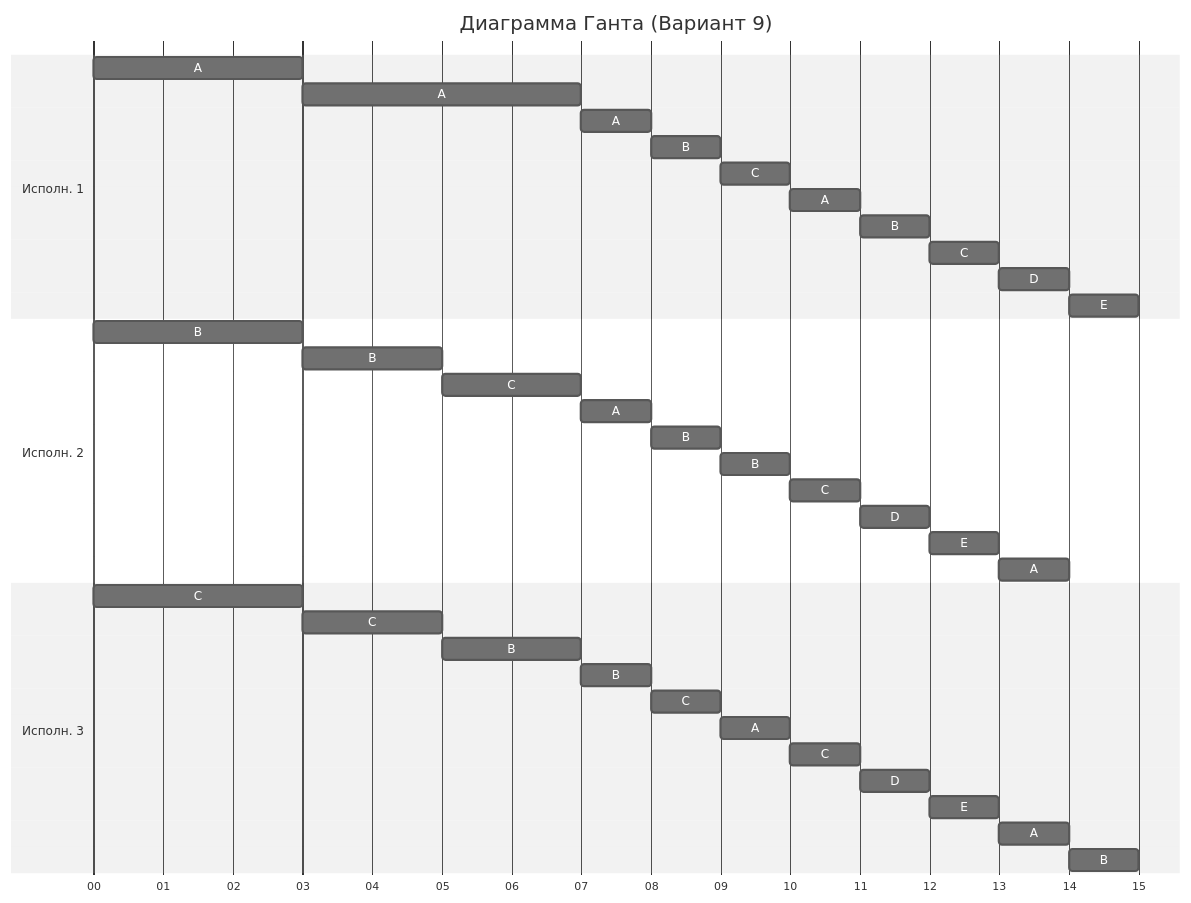
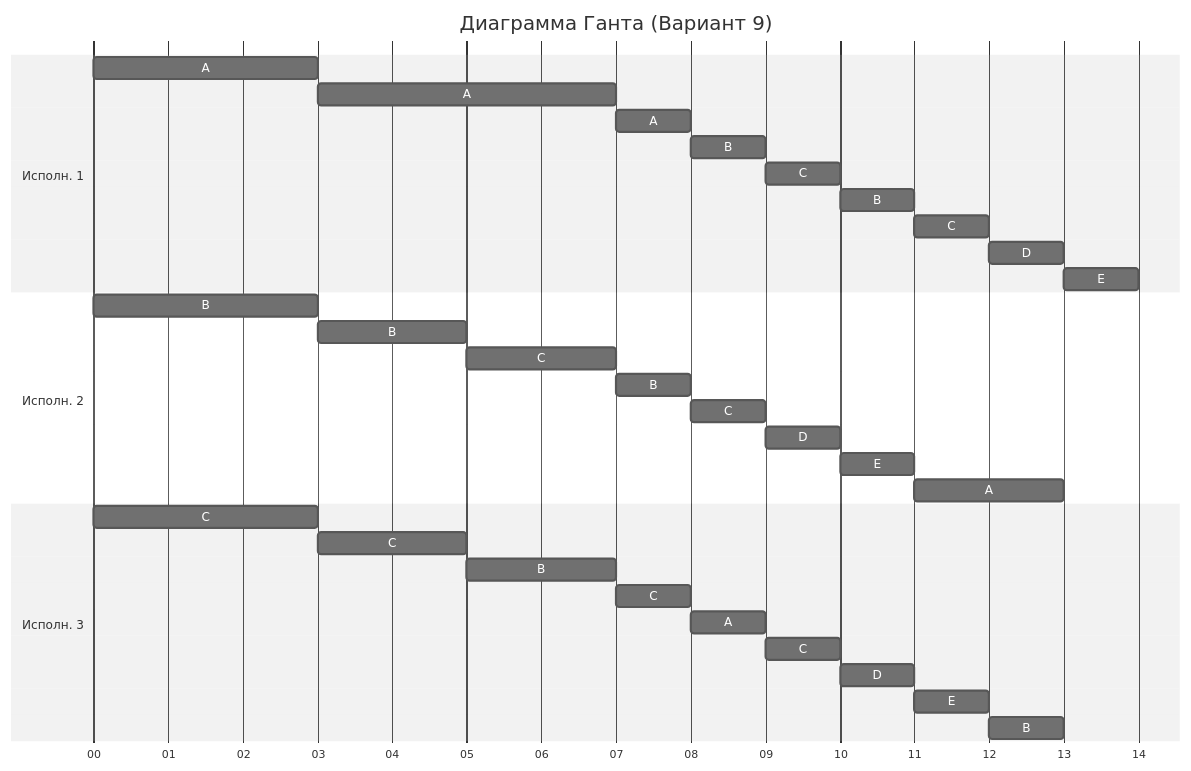
One commit to algos-ris-24-4/manual-tasks changed the diagram in Задание 5/slaaay.md. Above: the diagram before and after it, drawn with Mermaid (neutral theme).

Commit message:
Задание 5.

````diff
--- a/Задание 5/slaaay.md
+++ b/Задание 5/slaaay.md
@@ -241,44 +241,39 @@
 ```mermaid
 gantt
     title Диаграмма Ганта (Вариант 9)
     dateFormat  mm
     axisFormat %M
     tickInterval 1minute
 
     section Исполн. 1
     A : a11, 0, 3m
     A : a12, after a11, 4m
     A : a13, after a12, 1m
     B : b11, after a13, 1m
     C : c11, after b11, 1m
-    A : a14, after c11, 1m
-    B : b12, after a14, 1m
+    B : b12, after c11, 1m
     C : c12, after b12, 1m
     D : d11, after c12, 1m
     E : e11, after d11, 1m
 
     section Исполн. 2
     B : b21, 0, 3m
     B : b22, after b21, 2m
     C : c21, after b22, 2m
-    A : a21, after c21, 1m
-    B : b23, after a21, 1m
-    B : b24, after b23, 1m
-    C : c22, after b24, 1m
+    B : b23, after c21, 1m
+    C : c22, after b23, 1m
     D : d21, after c22, 1m
     E : e21, after d21, 1m
-    A : a22, after e21, 1m
+    A : a21, after e21, 2m
 
     section Исполн. 3
     C : c31, 0, 3m
     C : c32, after c31, 2m
     B : b31, after c32, 2m
-    B : b32, after b31, 1m
-    C : c33, after b32, 1m
+    C : c33, after b31, 1m
     A : a31, after c33, 1m
     C : c34, after a31, 1m
     D : d31, after c34, 1m
     E : e31, after d31, 1m
-    A : a32, after e31, 1m
-    B : b33, after a32, 1m
+    B : b32, after e31, 1m
 ```
````
